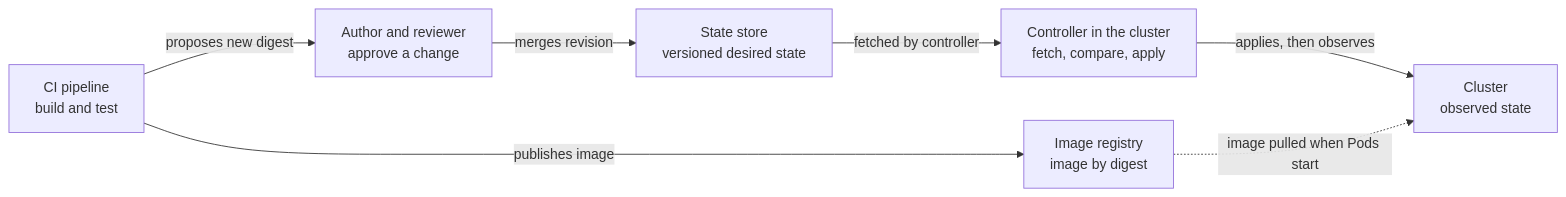
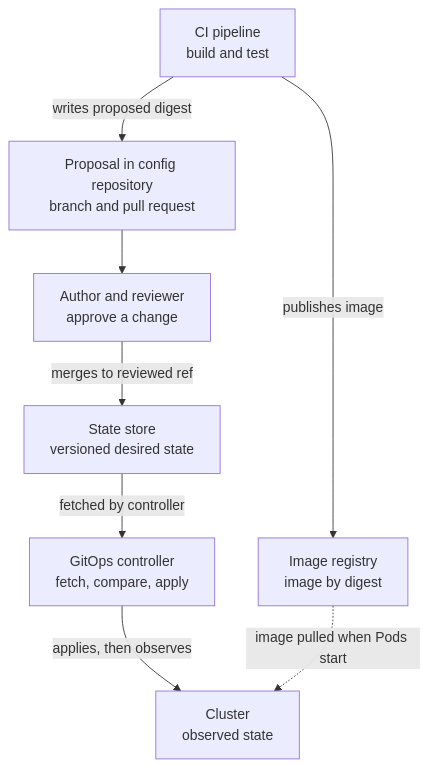
The diagram in knowledge/kubernetes/applications-and-tools/gitops.md (David-A18/MY-humble-knowledge-for-everyone), drawn with Mermaid before and after one commit. The commit also changed other lines of this file and 6 other files, not shown here.

Commit message:
Clarify GitOps status and revision mental model

````diff
--- a/knowledge/kubernetes/applications-and-tools/gitops.md
+++ b/knowledge/kubernetes/applications-and-tools/gitops.md
@@ -100,15 +117,17 @@
 ```mermaid
-flowchart LR
+flowchart TB
   person["Author and reviewer<br/>approve a change"]
   ci["CI pipeline<br/>build and test"]
   registry["Image registry<br/>image by digest"]
+  proposal["Proposal in config repository<br/>branch and pull request"]
   store["State store<br/>versioned desired state"]
-  agent["Controller in the cluster<br/>fetch, compare, apply"]
+  agent["GitOps controller<br/>fetch, compare, apply"]
   cluster["Cluster<br/>observed state"]
   ci -- "publishes image" --> registry
-  ci -- "proposes new digest" --> person
-  person -- "merges revision" --> store
+  ci -- "writes proposed digest" --> proposal
+  proposal --> person
+  person -- "merges to reviewed ref" --> store
   store -- "fetched by controller" --> agent
   agent -- "applies, then observes" --> cluster
   registry -. "image pulled when Pods start" .-> cluster
 ```
````
